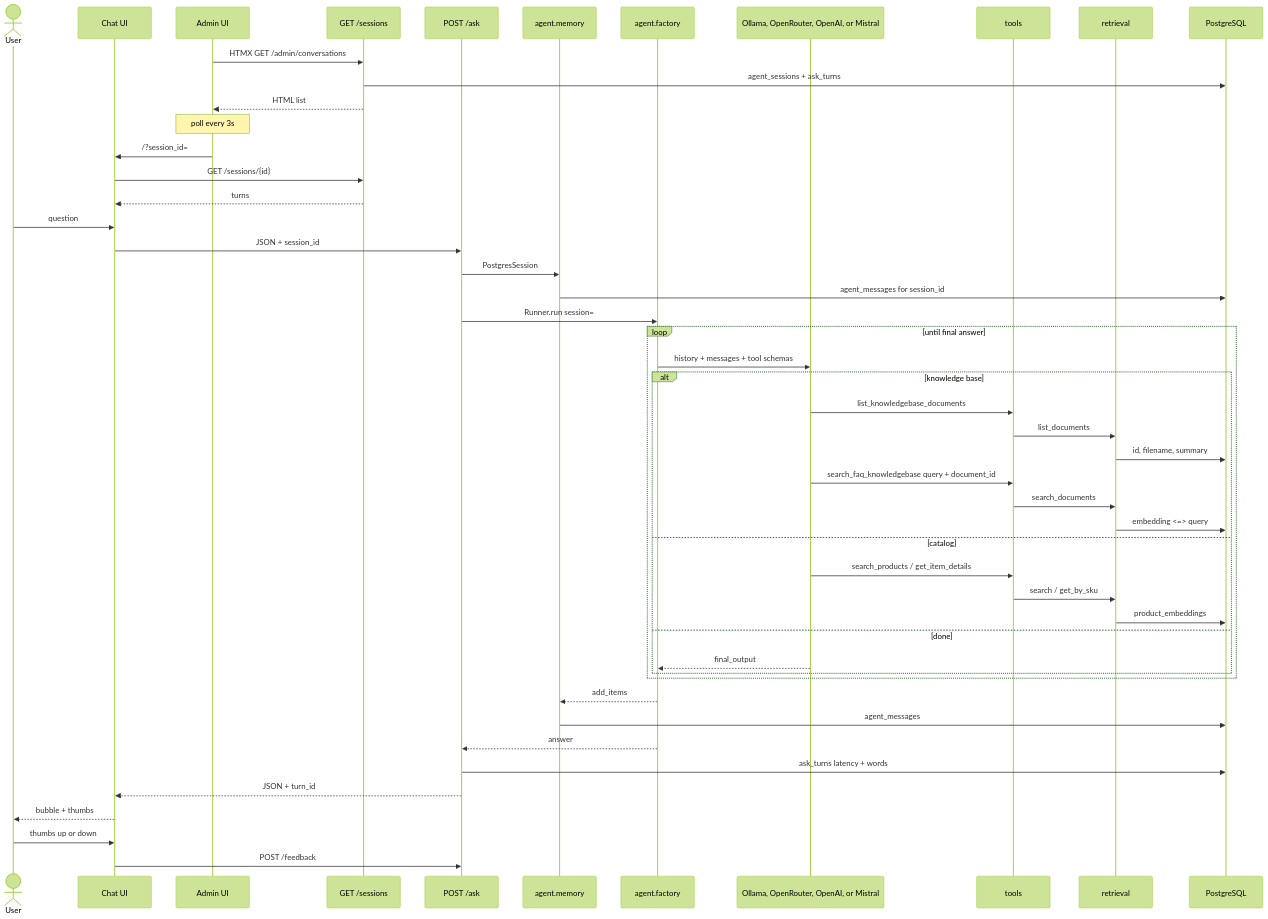
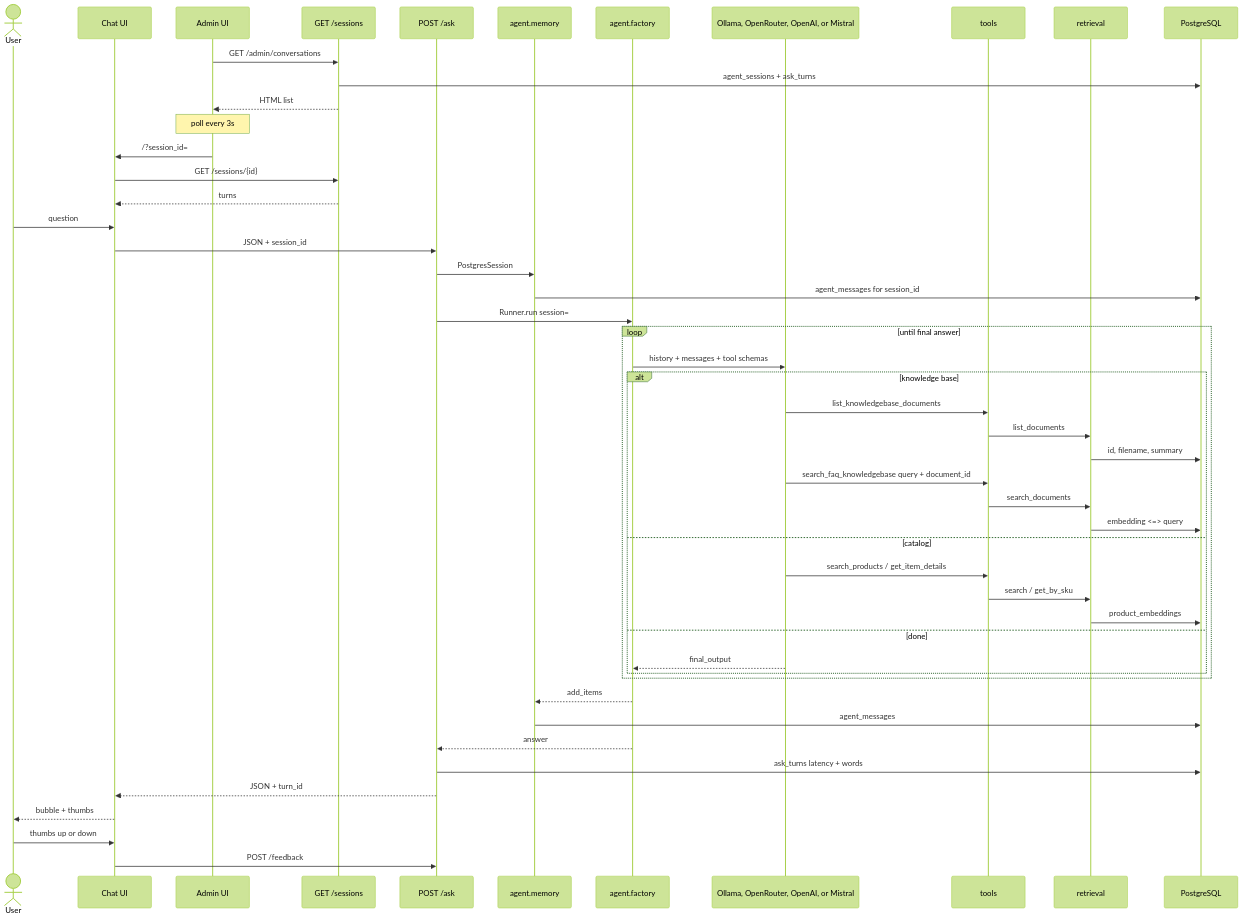
One commit to JJTorresDS/knowledge-agent changed the third of 5 diagrams in architecture.md. Above: the diagram before and after it, drawn with Mermaid (forest theme). The commit also changed other lines of this file and 7 other files, not shown here.

````diff
--- a/architecture.md
+++ b/architecture.md
@@ -149,54 +149,54 @@
 ```mermaid
 sequenceDiagram
     actor User
     participant UI as Chat UI
     participant Admin as Admin UI
     participant Sessions as GET /sessions
     participant Ask as POST /ask
     participant Memory as agent.memory
     participant Agent as agent.factory
     participant LLM as Ollama, OpenRouter, OpenAI, or Mistral
     participant Tools as tools
     participant Retrieval as retrieval
     participant DB as PostgreSQL
 
-    Admin->>Sessions: HTMX GET /admin/conversations
+    Admin->>Sessions: GET /admin/conversations
     Sessions->>DB: agent_sessions + ask_turns
     Sessions-->>Admin: HTML list
     Note over Admin: poll every 3s
     Admin->>UI: /?session_id=
     UI->>Sessions: GET /sessions/{id}
     Sessions-->>UI: turns
     User->>UI: question
     UI->>Ask: JSON + session_id
     Ask->>Memory: PostgresSession
     Memory->>DB: agent_messages for session_id
     Ask->>Agent: Runner.run session=
 
     loop until final answer
         Agent->>LLM: history + messages + tool schemas
         alt knowledge base
             LLM->>Tools: list_knowledgebase_documents
             Tools->>Retrieval: list_documents
             Retrieval->>DB: id, filename, summary
             LLM->>Tools: search_faq_knowledgebase query + document_id
             Tools->>Retrieval: search_documents
             Retrieval->>DB: embedding <=> query
         else catalog
             LLM->>Tools: search_products / get_item_details
             Tools->>Retrieval: search / get_by_sku
             Retrieval->>DB: product_embeddings
         else done
             LLM-->>Agent: final_output
         end
     end
 
     Agent-->>Memory: add_items
     Memory->>DB: agent_messages
     Agent-->>Ask: answer
     Ask->>DB: ask_turns latency + words
     Ask-->>UI: JSON + turn_id
     UI-->>User: bubble + thumbs
     User->>UI: thumbs up or down
     UI->>Ask: POST /feedback
 ```
````
